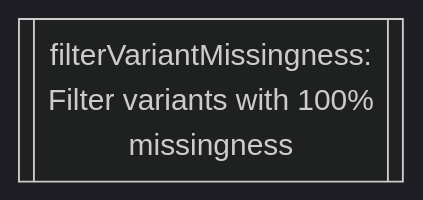
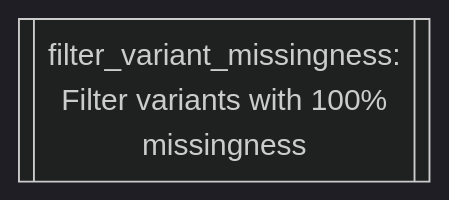
One commit to Tuks-ICMM/Pharmacogenetic-Analysis-Pipeline changed diagram 13 of 26 in docs/02-workflow/02-methodology-summary.md. Above: the diagram before and after it, drawn with Mermaid (dark theme). The commit also changed other lines of this file and 2 other files, not shown here.

````diff
--- a/docs/02-workflow/02-methodology-summary.md
+++ b/docs/02-workflow/02-methodology-summary.md
@@ -553,4 +629,4 @@
   ```mermaid
   flowchart TD
-    filterVariantMissingness[[filterVariantMissingness:\nFilter variants with 100%\nmissingness]]
+    filter_variant_missingness[[filter_variant_missingness:\nFilter variants with 100%\nmissingness]]
   ```
````
